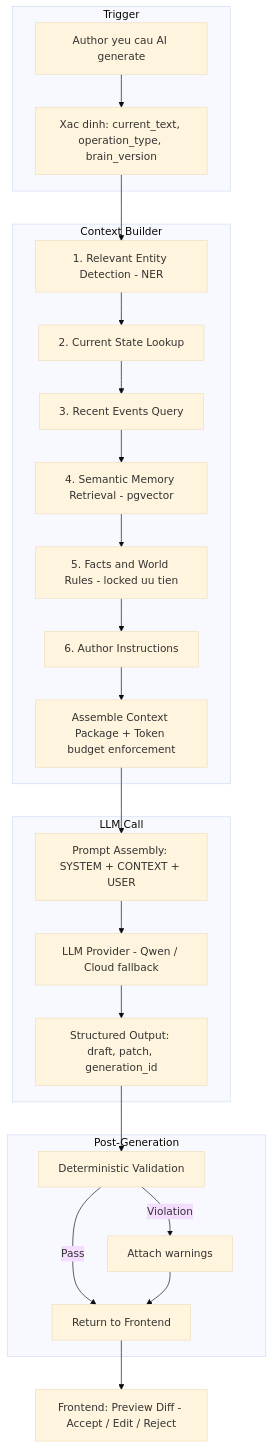
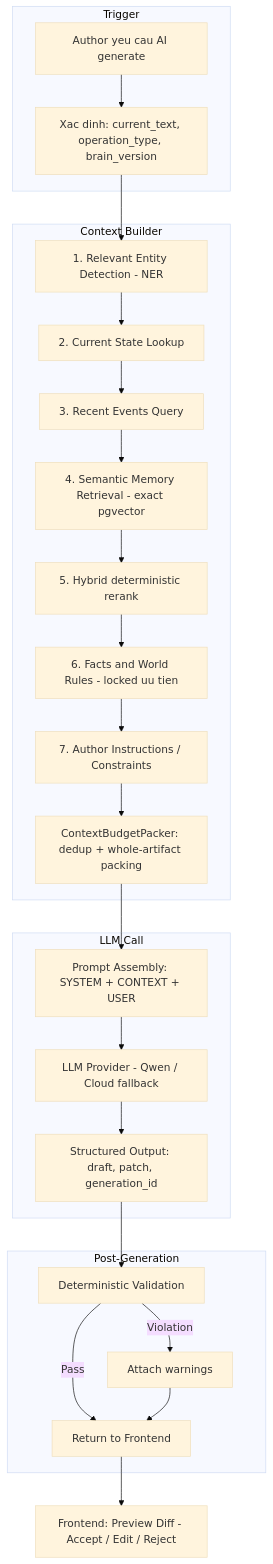
The sixth of 8 diagrams in ai-service/docs/PIPELINE.md (Ephurin/Novel_sharing_platform), drawn with Mermaid (base theme) before and after one commit. The commit also changed other lines of this file and 9 other files, not shown here.

Commit message:
docs(p7): record context budget evidence

````diff
--- a/ai-service/docs/PIPELINE.md
+++ b/ai-service/docs/PIPELINE.md
@@ -357,44 +358,46 @@
 ```mermaid
 flowchart TD
     subgraph Trigger["Trigger"]
         T["Author yeu cau AI generate"]
         T --> T2["Xac dinh: current_text, operation_type, brain_version"]
     end
 
     subgraph ContextBuilder["Context Builder"]
         C1["1. Relevant Entity Detection - NER"]
 
         C2["2. Current State Lookup"]
 
         C3["3. Recent Events Query"]
 
-        C4["4. Semantic Memory Retrieval - pgvector"]
+        C4["4. Semantic Memory Retrieval - exact pgvector"]
 
-        C5["5. Facts and World Rules - locked uu tien"]
+        C4B["5. Hybrid deterministic rerank"]
 
-        C6["6. Author Instructions"]
+        C5["6. Facts and World Rules - locked uu tien"]
 
-        C1 --> C2 --> C3 --> C4 --> C5 --> C6
+        C6["7. Author Instructions / Constraints"]
 
-        C6 --> ASSEMBLE["Assemble Context Package + Token budget enforcement"]
+        C1 --> C2 --> C3 --> C4 --> C4B --> C5 --> C6
+
+        C6 --> ASSEMBLE["ContextBudgetPacker: dedup + whole-artifact packing"]
     end
 
     subgraph LLMCall["LLM Call"]
         PROMPT["Prompt Assembly: SYSTEM + CONTEXT + USER"]
         PROMPT --> LLM["LLM Provider - Qwen / Cloud fallback"]
         LLM --> OUTPUT["Structured Output: draft, patch, generation_id"]
     end
 
     subgraph PostGen["Post-Generation"]
         CHECK["Deterministic Validation"]
         CHECK -->|Pass| RESULT["Return to Frontend"]
         CHECK -->|Violation| WARN["Attach warnings"]
         WARN --> RESULT
     end
 
     T2 --> C1
     ASSEMBLE --> PROMPT
     OUTPUT --> CHECK
 
     RESULT --> FRONTEND["Frontend: Preview Diff - Accept / Edit / Reject"]
 ```
````
